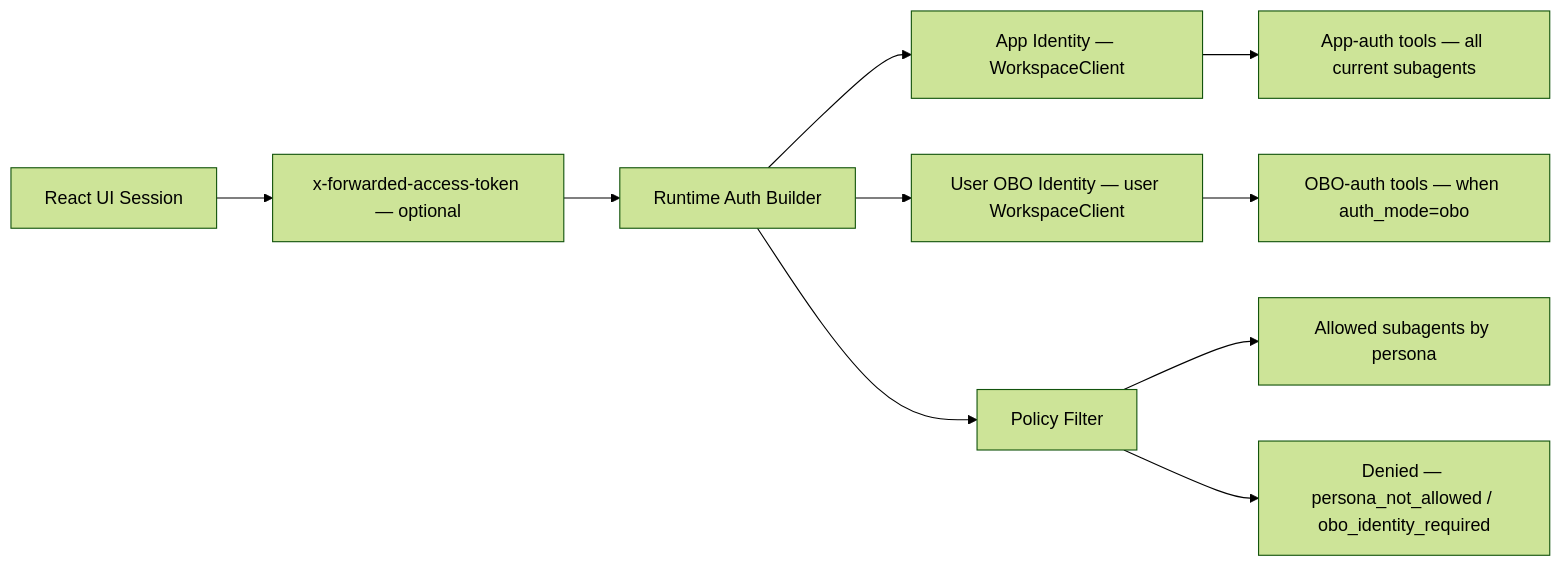
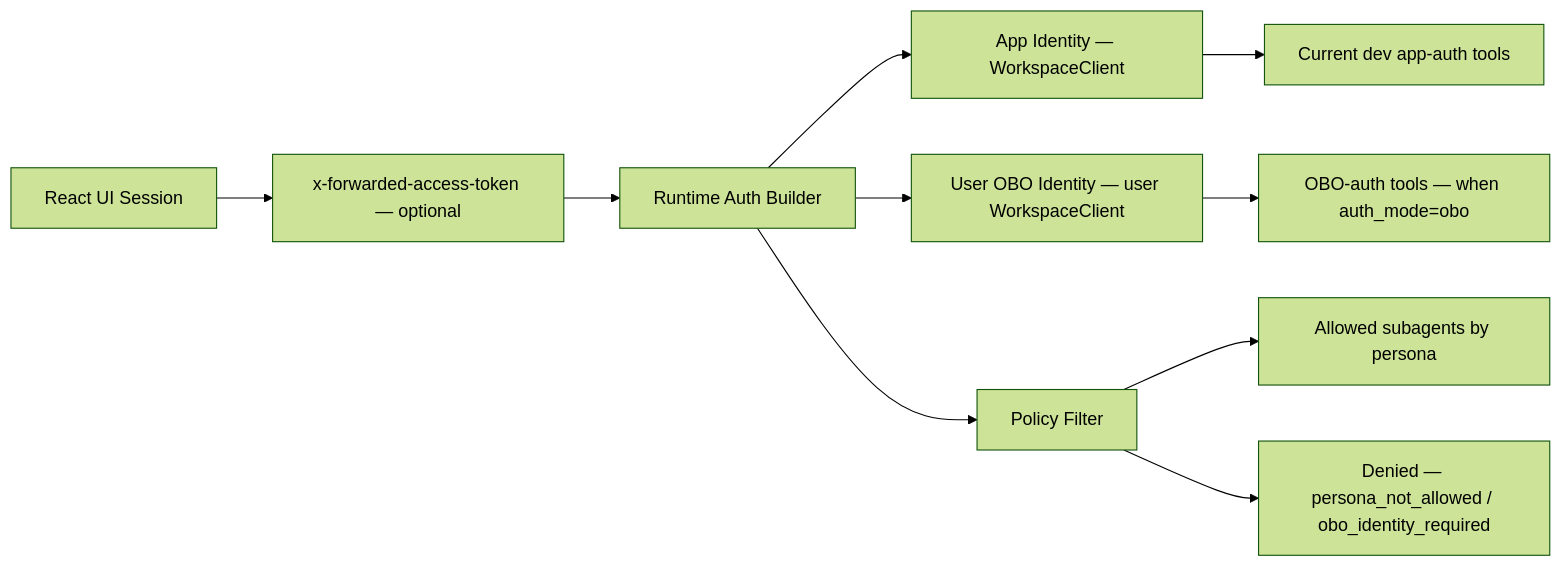
One commit to wchen-dea/Governed-Multi-Agent-Intelligence-on-Databricks changed the fourth of 4 diagrams in docs/architecture/design-artifacts/03-logical-high-level.md. Above: the diagram before and after it, drawn with Mermaid (forest theme). The commit also changed other lines of this file and 29 other files, not shown here.

````diff
--- a/docs/architecture/design-artifacts/03-logical-high-level.md
+++ b/docs/architecture/design-artifacts/03-logical-high-level.md
@@ -87,14 +87,14 @@
 ```mermaid
 flowchart LR
     UI[React UI Session] --> HDR[x-forwarded-access-token — optional]
     HDR --> AUTH[Runtime Auth Builder]
     AUTH --> APP[App Identity — WorkspaceClient]
     AUTH --> OBO[User OBO Identity — user WorkspaceClient]
 
-    APP --> TOOL1[App-auth tools — all current subagents]
+    APP --> TOOL1[Current dev app-auth tools]
     OBO --> TOOL2[OBO-auth tools — when auth_mode=obo]
 
     AUTH --> POL[Policy Filter]
     POL --> ALLOW[Allowed subagents by persona]
     POL --> DENY[Denied — persona_not_allowed / obo_identity_required]
 ```
````
